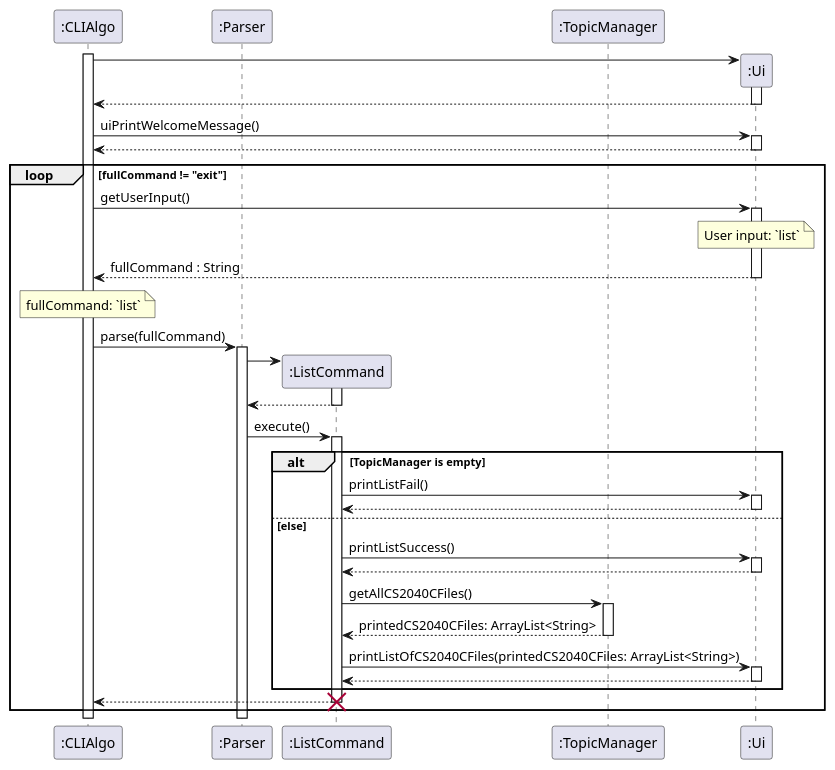
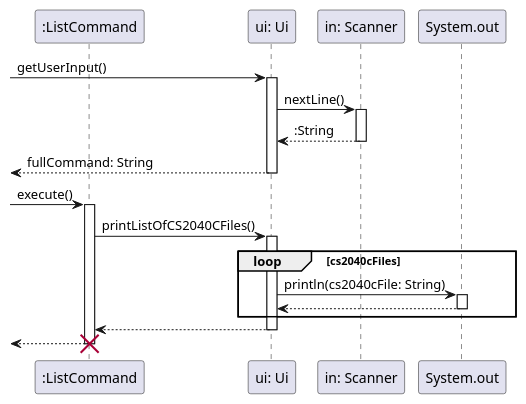
The diagram in docs/sequence-diagrams/source-files/Ui.puml (ong-ck/tp), drawn with PlantUML before and after one commit. The commit also changed 2 other files, not shown here.

Commit message:
Update sequence diagram of Ui to be clearer

```diff
--- a/docs/sequence-diagrams/source-files/Ui.puml
+++ b/docs/sequence-diagrams/source-files/Ui.puml
@@ -1,52 +1,27 @@
 @startuml
+participant ":ListCommand" as ListCommand
+participant "ui: Ui" as Ui
+participant "in: Scanner" as Scanner
+participant "System.out" as System
 
-participant ":CLIAlgo" as cli
-participant ":Parser" as p
-participant ":ListCommand" as lc
-participant ":TopicManager" as tm
-participant ":Ui" as ui
+-> Ui: getUserInput()
+activate Ui
+    Ui -> Scanner: nextLine()
+    activate Scanner
+    return :String
+return fullCommand: String
 
-activate cli
-cli -> ui **
-activate ui
+-> ListCommand: execute()
+activate ListCommand
+    ListCommand -> Ui: printListOfCS2040CFiles()
+    activate Ui
+        loop cs2040cFiles
+            Ui -> System: println(cs2040cFile: String)
+            activate System
+            return
+        end
+    return
 return
-cli -> ui : uiPrintWelcomeMessage()
-activate ui
-return
-loop fullCommand != "exit"
-cli -> ui : getUserInput()
-activate ui
-note over ui : User input: `list`
-return fullCommand : String
-deactivate ui
-note over cli : fullCommand: `list`
-cli -> p : parse(fullCommand)
-activate p
-p -> lc **
-activate lc
-lc --> p
-deactivate lc
-p -> lc : execute()
-activate lc
-
-alt TopicManager is empty
-    lc -> ui : printListFail()
-    activate ui
-    return
-
-else else
-    lc -> ui : printListSuccess()
-    activate ui
-    return
-    lc -> tm : getAllCS2040CFiles()
-    activate tm
-    return printedCS2040CFiles: ArrayList<String>
-    lc -> ui : printListOfCS2040CFiles(printedCS2040CFiles: ArrayList<String>)
-    activate ui
-    return
-end
-lc --> cli
-destroy lc
-end
+destroy ListCommand
 
 @enduml
```
